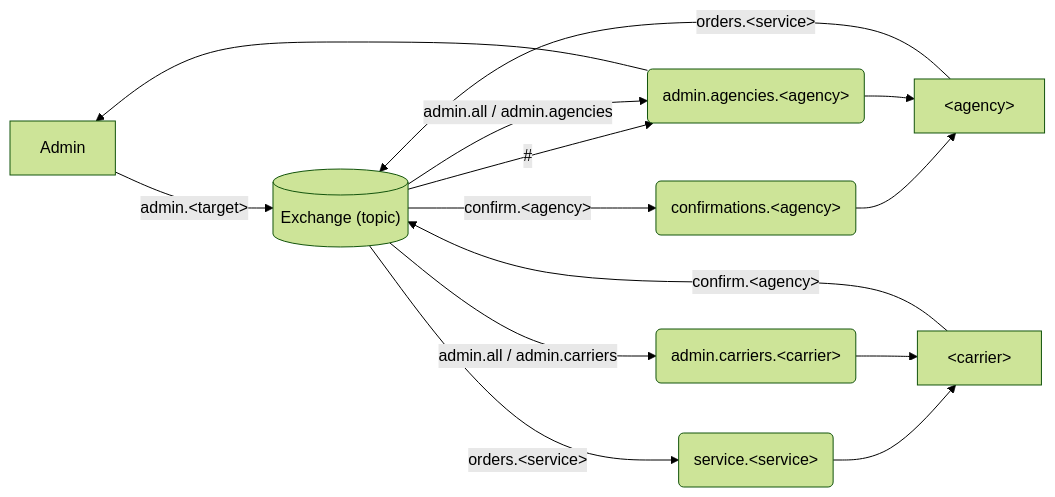
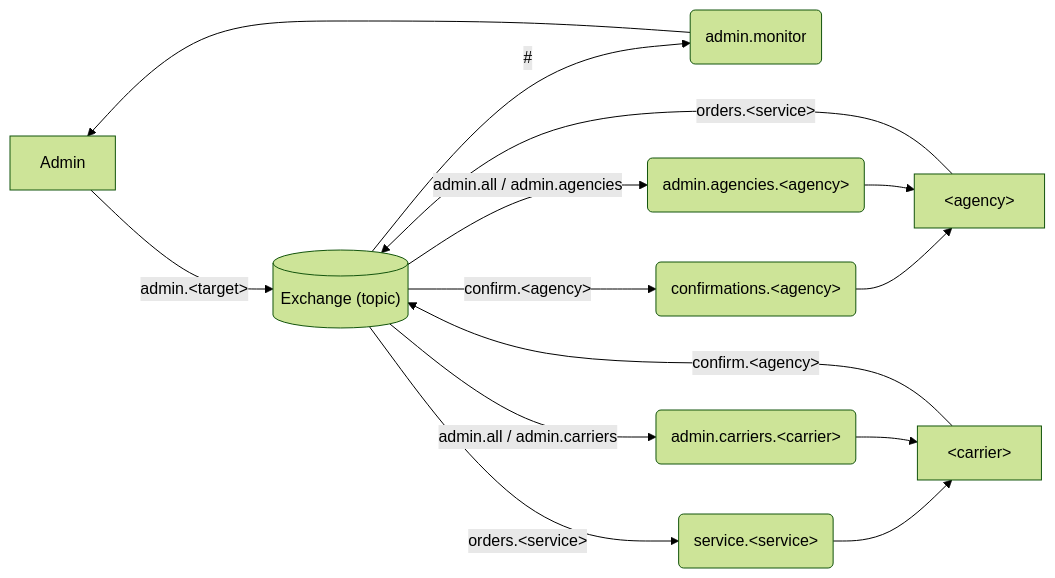
The diagram in sem6/rozprochy/tasks/task5/schema.md (Mosder/agh), drawn with Mermaid (forest theme) before and after one commit.

Commit message:
rozprochy

````diff
--- a/sem6/rozprochy/tasks/task5/schema.md
+++ b/sem6/rozprochy/tasks/task5/schema.md
@@ -1,13 +1,13 @@
 ```mermaid
 flowchart LR
     AD[Admin] -- admin.&lt;target&gt; --> X
     X -- "#" --> QAD(admin.monitor) --> AD
 
     A[&lt;agency&gt;] -- orders.&lt;service&gt; --> X[("Exchange (topic)")]
     X -- confirm.&lt;agency&gt; --> QA(confirmations.&lt;agency&gt;) --> A
-    X -- admin.all / admin.agencies --> QAD(admin.agencies.&lt;agency&gt;) --> A
+    X -- admin.all / admin.agencies --> QAAD(admin.agencies.&lt;agency&gt;) --> A
 
     C[&lt;carrier&gt;] -- confirm.&lt;agency&gt; --> X
     X -- orders.&lt;service&gt; --> QS(service.&lt;service&gt;) --> C
     X -- admin.all / admin.carriers --> QC(admin.carriers.&lt;carrier&gt;) --> C
 ```
````
